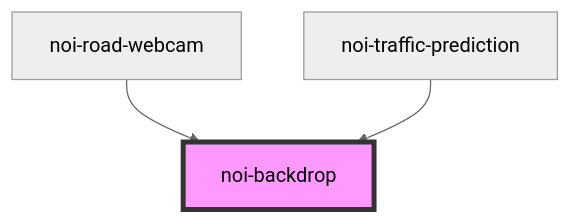
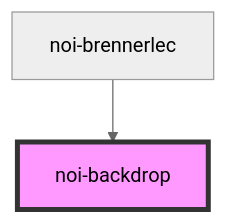
Before and after one commit to noi-techpark/webcomponents-brennerlec: the diagram in src/blocks/backdrop/readme.md, drawn with Mermaid (neutral theme). The commit also changed other lines of this file and 8 other files, not shown here.

````diff
--- a/src/blocks/backdrop/readme.md
+++ b/src/blocks/backdrop/readme.md
@@ -48,6 +47,5 @@
 ```mermaid
 graph TD;
-  noi-road-webcam --> noi-backdrop
-  noi-traffic-prediction --> noi-backdrop
+  noi-brennerlec --> noi-backdrop
   style noi-backdrop fill:#f9f,stroke:#333,stroke-width:4px
 ```
````
